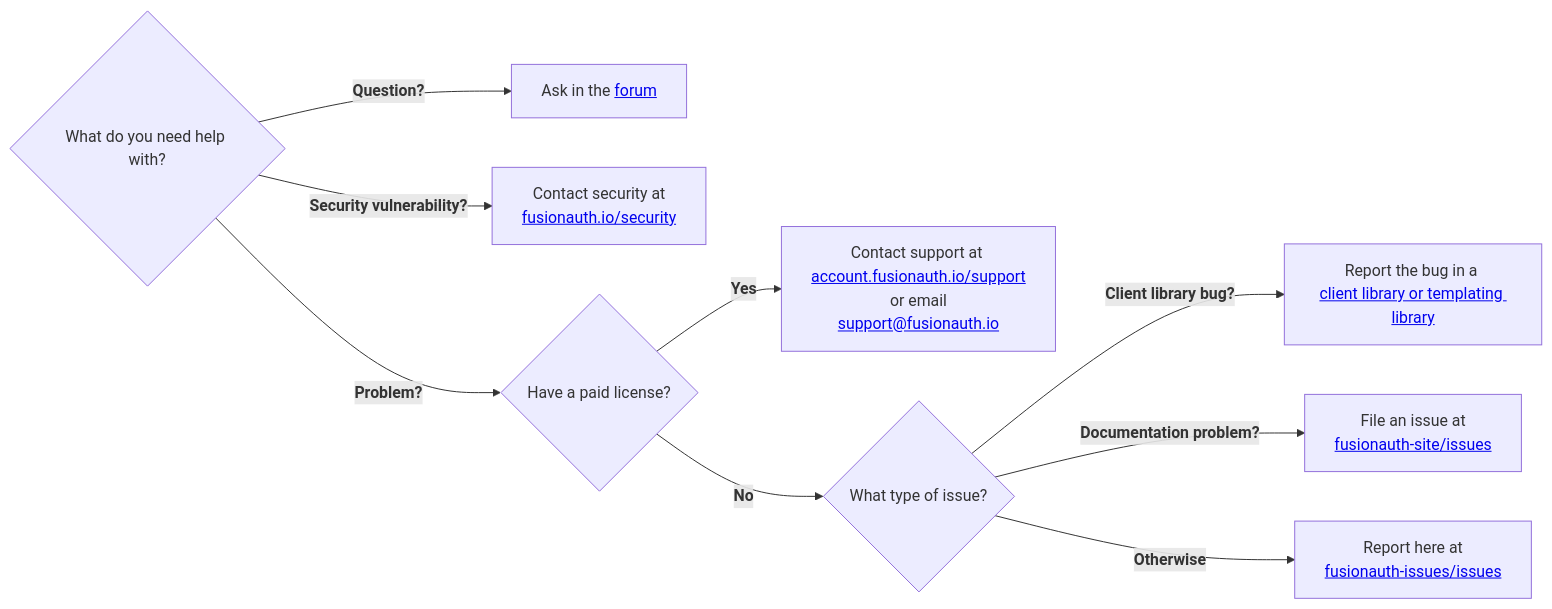
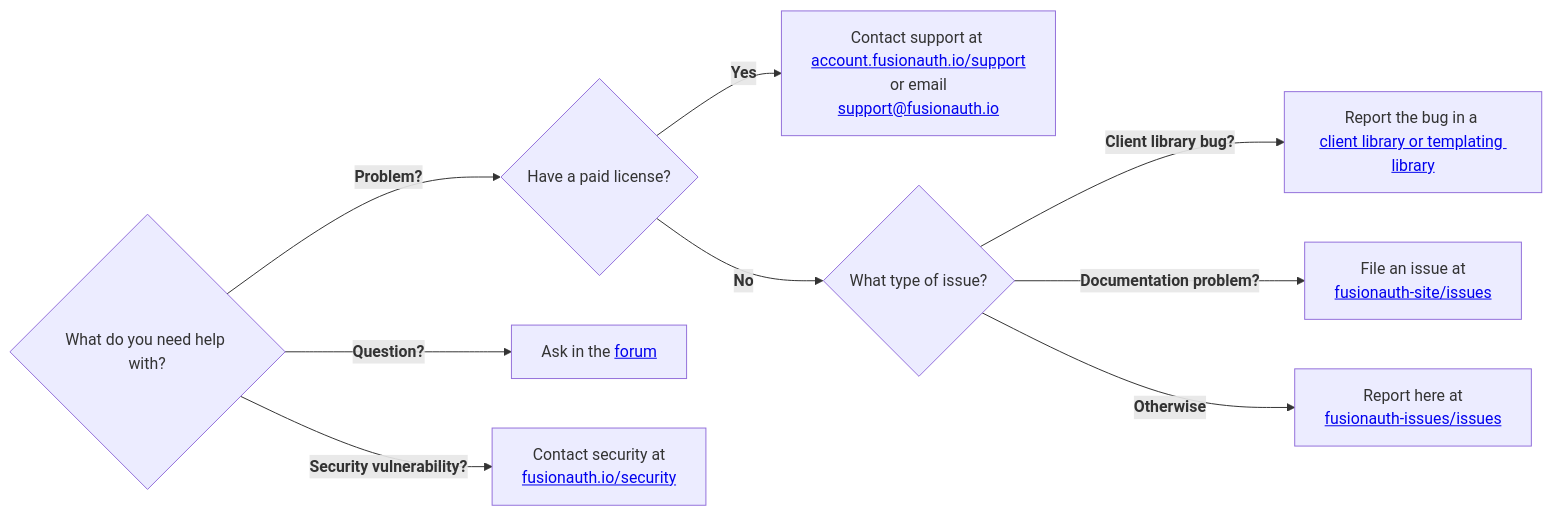
Before and after one commit to FusionAuth/fusionauth-issues: the diagram in README.md, drawn with Mermaid.

Commit message:
Change ordering of flowchart to avoid bottom right widget from github ui

````diff
--- a/README.md
+++ b/README.md
@@ -5,14 +5,15 @@
 ```mermaid
 flowchart LR
     Start{What do you need help with?}
-    Start -->|<b>Question?</b>| Forum[Ask in the <a href="https://fusionauth.io/community/forum/">forum</a>]
-    Start -->|<b>Security vulnerability?</b>| SecurityNode[Contact security at <br><a href="https://fusionauth.io/security">fusionauth.io/security</a>]
-    Start -->|<b>Problem?</b>| LicenseCheck{Have a paid license?}
-    
+
     LicenseCheck -->|<b>Yes</b>| Support[Contact support at <br><a href="https://account.fusionauth.io/account/support/">account.fusionauth.io/support</a><br> or email <a href="mailto:support@fusionauth.io">support@fusionauth.io</a>]
     LicenseCheck -->|<b>No</b>| IssueType{What type of issue?}
     
     IssueType -->|<b>Client library bug?</b>| ClientNode[Report the bug in a <br><a href="#client-library-bugs">client library or templating library</a>]
     IssueType -->|<b>Documentation problem?</b>| DocsNode[File an issue at <br><a href="https://github.com/FusionAuth/fusionauth-site/issues">fusionauth-site/issues</a>]
     IssueType -->|<b>Otherwise</b>| ReportNode[Report here at <br><a href="https://github.com/FusionAuth/fusionauth-issues/issues/new/choose">fusionauth-issues/issues</a>]
+
+    Start -->|<b>Question?</b>| Forum[Ask in the <a href="https://fusionauth.io/community/forum/">forum</a>]
+    Start -->|<b>Security vulnerability?</b>| SecurityNode[Contact security at <br><a href="https://fusionauth.io/security">fusionauth.io/security</a>]
+    Start -->|<b>Problem?</b>| LicenseCheck{Have a paid license?}
 ```
````
